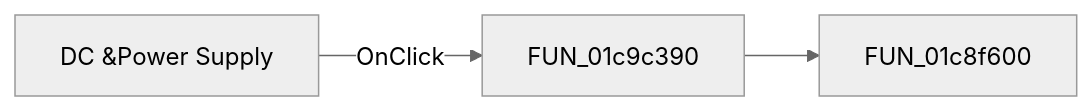
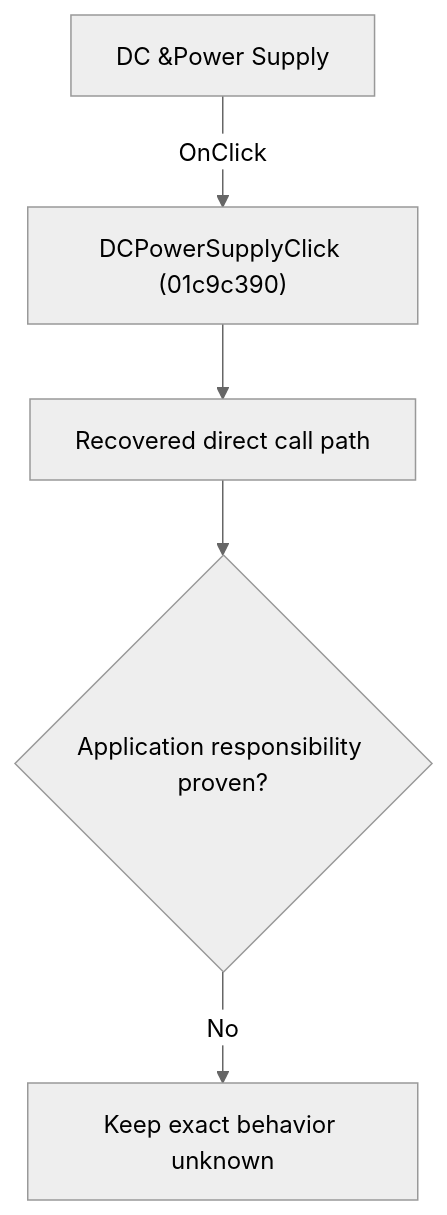
Before and after one commit to MovGP0/TIARA: the diagram in docs/ui-controls/schematiceditor/dcpowersupply-cf77f78ac0.md, drawn with Mermaid (neutral theme). The commit also changed other lines of this file and 1062 other files, not shown here.

````diff
--- a/docs/ui-controls/schematiceditor/dcpowersupply-cf77f78ac0.md
+++ b/docs/ui-controls/schematiceditor/dcpowersupply-cf77f78ac0.md
@@ -27,5 +27,7 @@
 ```mermaid
-flowchart LR
-    control["DC &Power Supply"] -->|OnClick| handler["FUN_01c9c390"]
-    handler --> call1["FUN_01c8f600"]
+flowchart TD
+    control["DC &Power Supply"] -->|"OnClick"| handler["DCPowerSupplyClick (01c9c390)"]
+    handler --> recovered["Recovered direct call path"]
+    recovered --> gap{"Application responsibility proven?"}
+    gap -->|"No"| blocked["Keep exact behavior unknown"]
 ```
````
